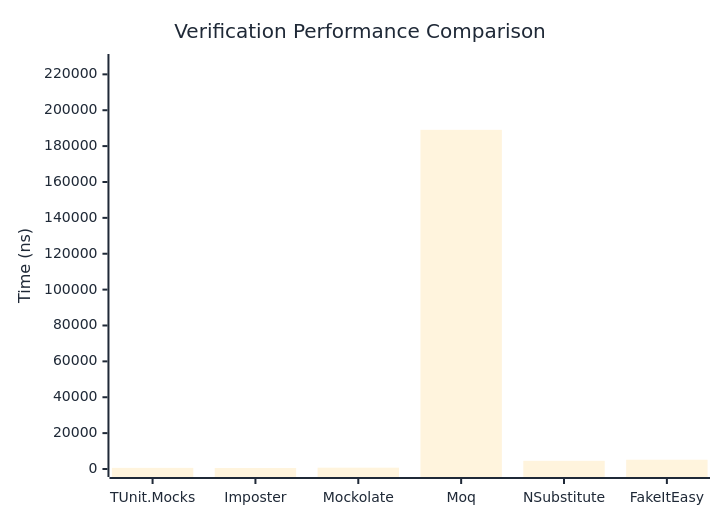
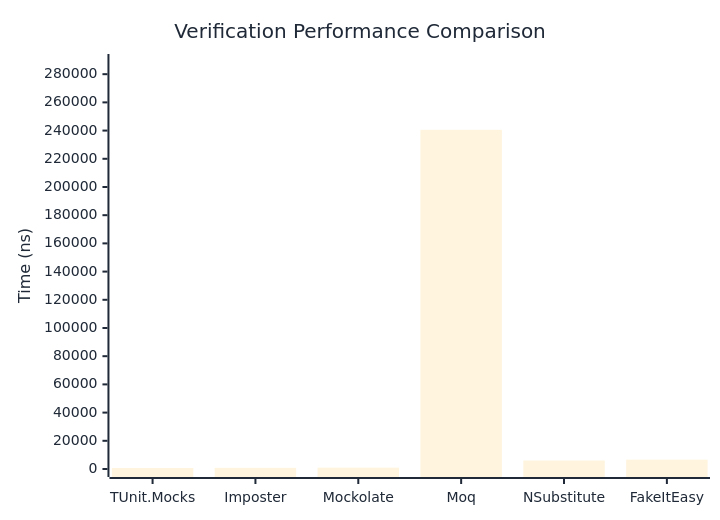
The first of 3 diagrams in docs/docs/benchmarks/mocks/Verification.md (thomhurst/TUnit), drawn with Mermaid before and after one commit. The commit also changed other lines of this file and 14 other files, not shown here.

````diff
--- a/docs/docs/benchmarks/mocks/Verification.md
+++ b/docs/docs/benchmarks/mocks/Verification.md
@@ -28,27 +28,27 @@
 ```mermaid
 %%{init: {
   'theme':'base',
   'themeVariables': {
     'primaryColor': '#2563eb',
     'primaryTextColor': '#1f2937',
     'primaryBorderColor': '#1e40af',
     'lineColor': '#6b7280',
     'secondaryColor': '#7c3aed',
     'tertiaryColor': '#dc2626',
     'background': '#ffffff',
     'pie1': '#2563eb',
     'pie2': '#7c3aed',
     'pie3': '#dc2626',
     'pie4': '#f59e0b',
     'pie5': '#10b981',
     'pie6': '#06b6d4',
     'pie7': '#ec4899',
     'pie8': '#6366f1'
   }
 }}%%
 xychart-beta
   title "Verification Performance Comparison"
   x-axis ["TUnit.Mocks", "Imposter", "Mockolate", "Moq", "NSubstitute", "FakeItEasy"]
-  y-axis "Time (ns)" 0 --> 226885
-  bar [620.94, 548.88, 734.24, 189070.37, 4553.21, 5159.34]
+  y-axis "Time (ns)" 0 --> 288639
+  bar [696.77, 818.6, 934.93, 240532.48, 5983.82, 6611.56]
 ```
````
